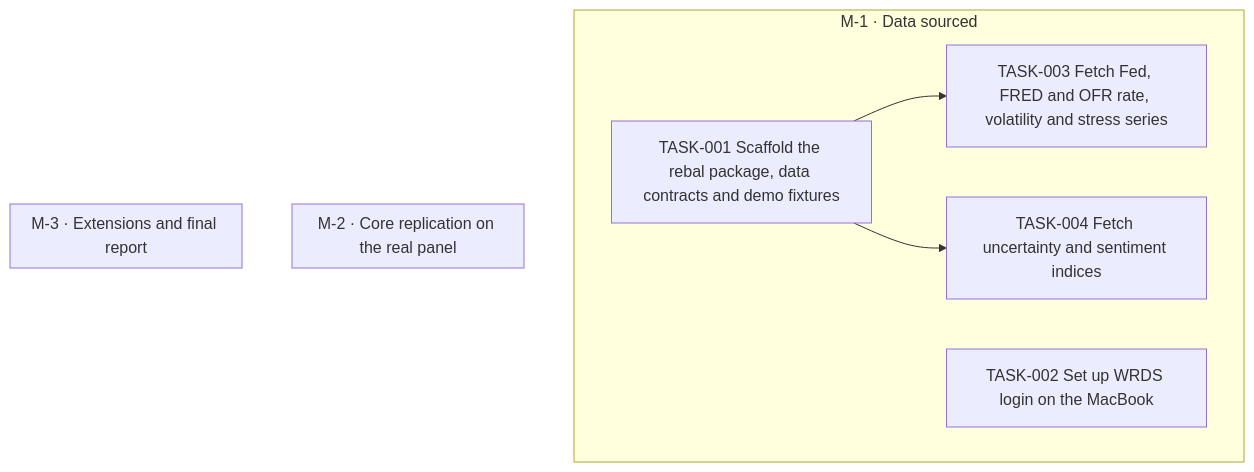
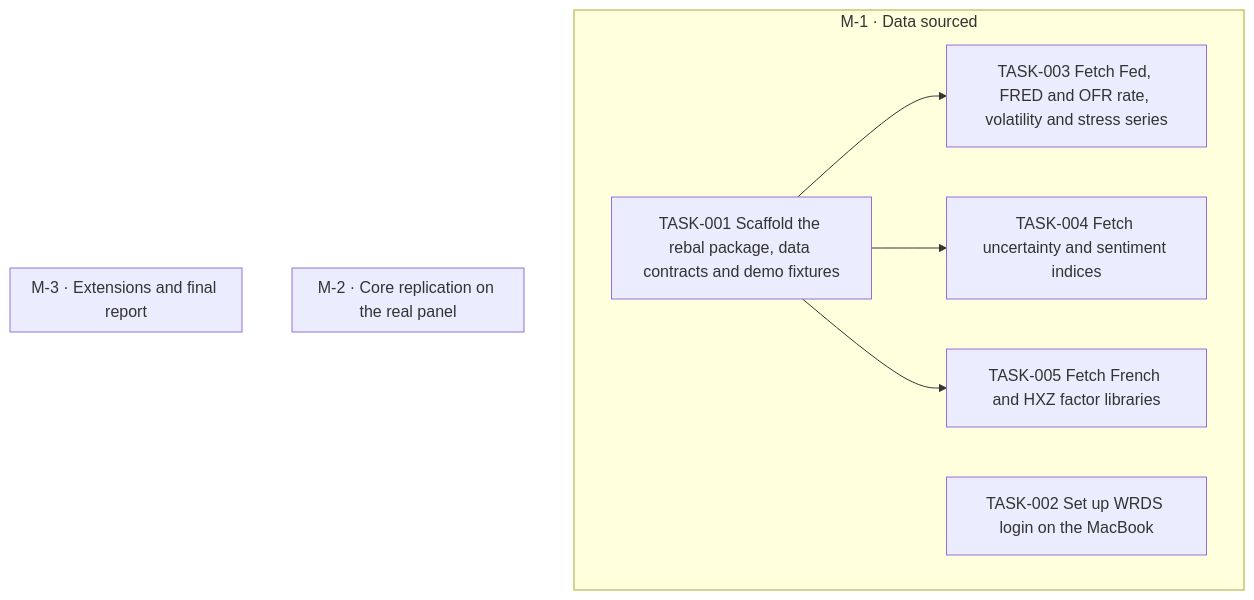
The diagram in goals/hmm-rebalancing/README.md (jesusvillota/replicate), drawn with Mermaid before and after one commit. The commit also changed 1 other file, not shown here.

Commit message:
goal(hmm-rebalancing): add TASK-005 Fetch French and HXZ factor libraries

````diff
--- a/goals/hmm-rebalancing/README.md
+++ b/goals/hmm-rebalancing/README.md
@@ -126,18 +126,20 @@
 ```mermaid
 flowchart TD
   subgraph M_1["M-1 · Data sourced"]
     TASK_001["TASK-001 Scaffold the rebal package, data contracts and demo fixtures"]
     TASK_002["TASK-002 Set up WRDS login on the MacBook"]
     TASK_003["TASK-003 Fetch Fed, FRED and OFR rate, volatility and stress series"]
     TASK_004["TASK-004 Fetch uncertainty and sentiment indices"]
+    TASK_005["TASK-005 Fetch French and HXZ factor libraries"]
   end
   subgraph M_2["M-2 · Core replication on the real panel"]
   end
   subgraph M_3["M-3 · Extensions and final report"]
   end
   TASK_001 --> TASK_003
   TASK_001 --> TASK_004
+  TASK_001 --> TASK_005
   classDef draft stroke-dasharray: 4 3
   classDef cancelled opacity:0.45
   classDef decision fill:#f3e8ff,stroke:#7c3aed
 ```
````
